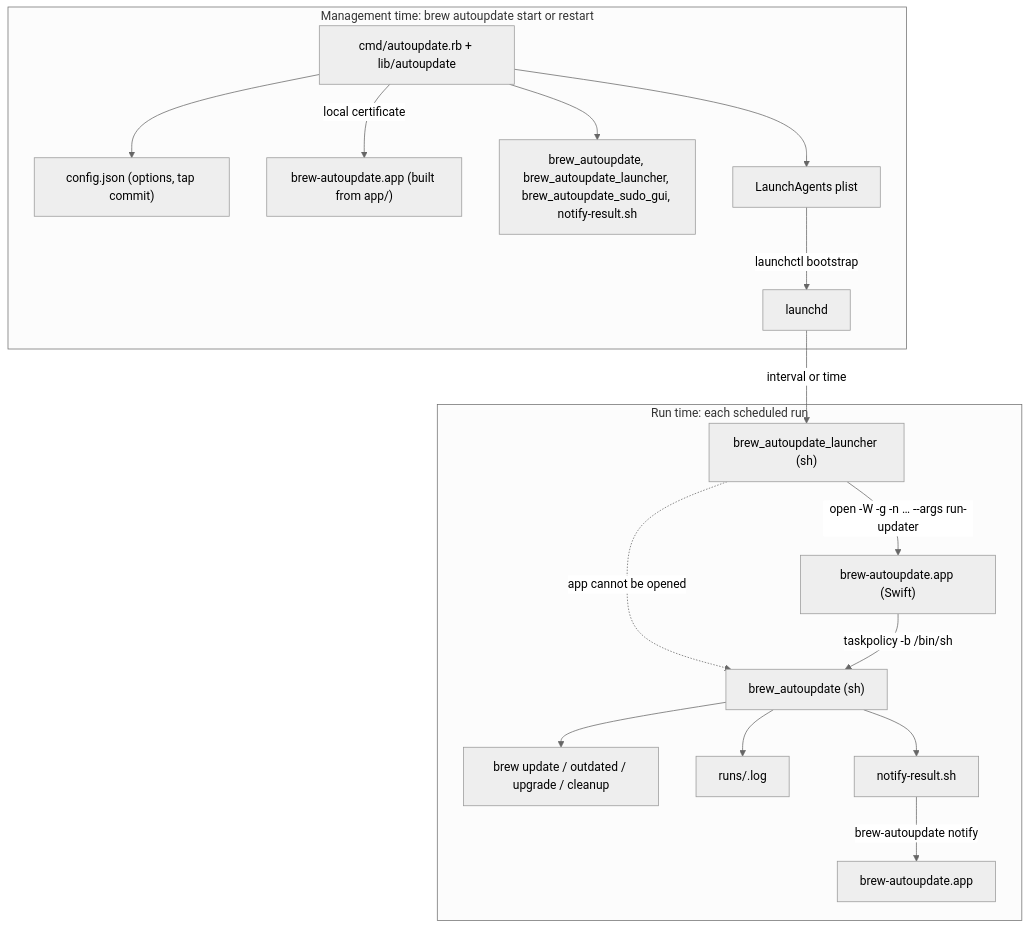
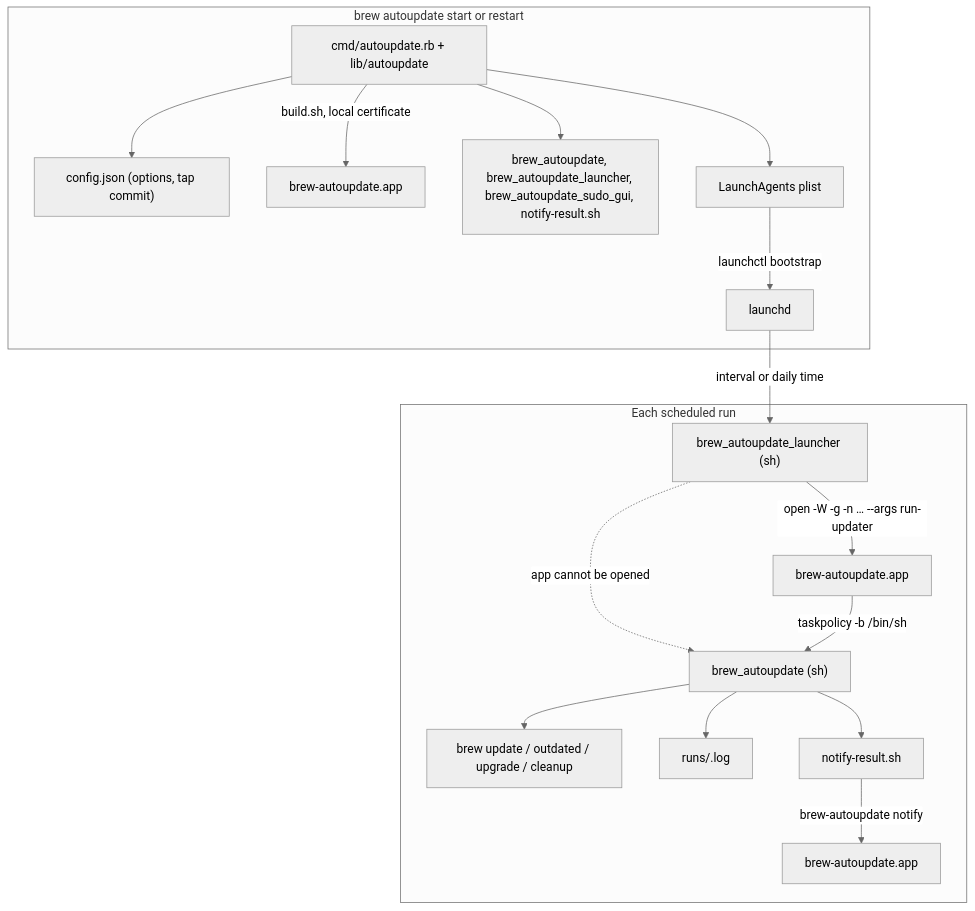
Before and after one commit to hybras/homebrew-autoupdate: the diagram in ARCHITECTURE.md, drawn with Mermaid (neutral theme). The commit also changed other lines of this file and 5 other files, not shown here.

First line of the commit message:
docs: rewrite ARCHITECTURE as a specification

````diff
--- a/ARCHITECTURE.md
+++ b/ARCHITECTURE.md
@@ -105,20 +69,20 @@
 ```mermaid
 flowchart TD
-  subgraph management["Management time: brew autoupdate start or restart"]
+  subgraph management["brew autoupdate start or restart"]
     cmd["cmd/autoupdate.rb + lib/autoupdate"] --> config["config.json (options, tap commit)"]
-    cmd -->|"local certificate"| app["brew-autoupdate.app (built from app/)"]
+    cmd -->|"build.sh, local certificate"| app["brew-autoupdate.app"]
     cmd --> scripts["brew_autoupdate, brew_autoupdate_launcher, brew_autoupdate_sudo_gui, notify-result.sh"]
     cmd --> plist["LaunchAgents plist"]
     plist -->|"launchctl bootstrap"| launchd
   end
-  subgraph run["Run time: each scheduled run"]
-    launchd -->|"interval or time"| launcher["brew_autoupdate_launcher (sh)"]
-    launcher -->|"open -W -g -n … --args run-updater"| runapp["brew-autoupdate.app (Swift)"]
+  subgraph run["Each scheduled run"]
+    launchd -->|"interval or daily time"| launcher["brew_autoupdate_launcher (sh)"]
+    launcher -->|"open -W -g -n … --args run-updater"| runapp["brew-autoupdate.app"]
     launcher -.->|"app cannot be opened"| updater
     runapp -->|"taskpolicy -b /bin/sh"| updater["brew_autoupdate (sh)"]
     updater --> brew["brew update / outdated / upgrade / cleanup"]
     updater --> runlog["runs/<time>.log"]
     updater --> notify["notify-result.sh"]
     notify -->|"brew-autoupdate notify"| notifyapp["brew-autoupdate.app"]
   end
 ```
````
